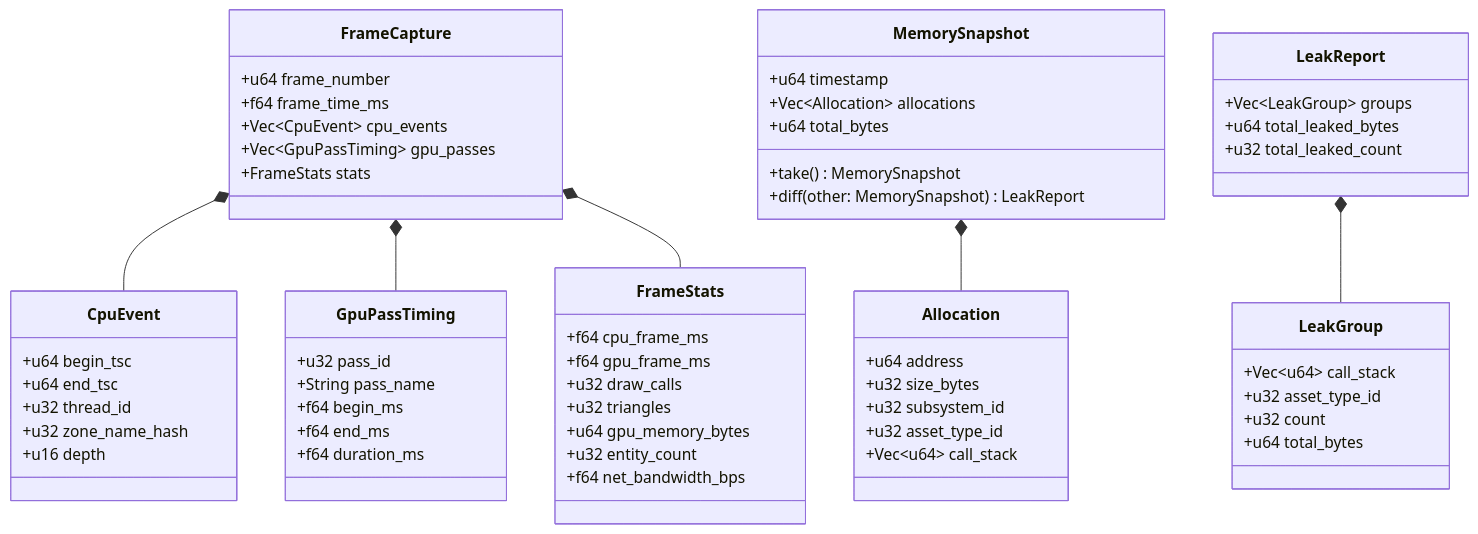
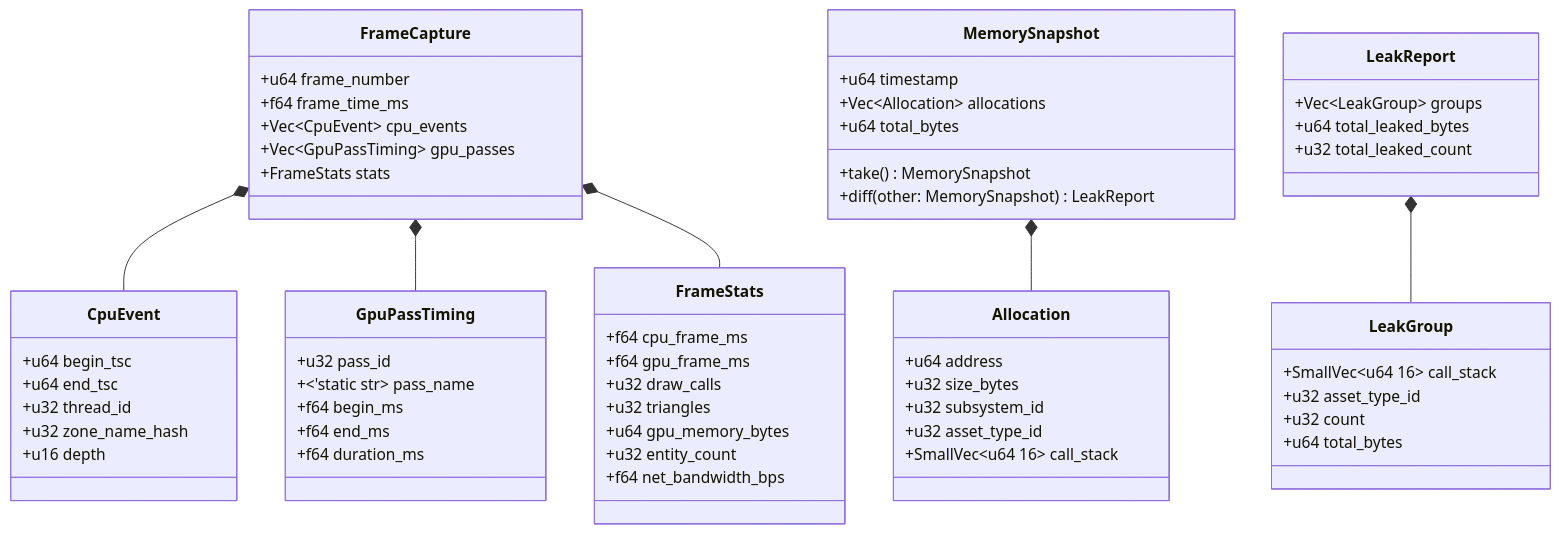
Before and after one commit to harmonius-dev/harmonius: the sixth of 6 diagrams in docs/design/tools/profiler.md, drawn with Mermaid. The commit also changed other lines of this file and 174 other files, not shown here.

````diff
--- a/docs/design/tools/profiler.md
+++ b/docs/design/tools/profiler.md
@@ -276,71 +243,71 @@
 ```mermaid
 classDiagram
     class CpuEvent {
         +u64 begin_tsc
         +u64 end_tsc
         +u32 thread_id
         +u32 zone_name_hash
         +u16 depth
     }
 
     class GpuPassTiming {
         +u32 pass_id
-        +String pass_name
+        +~'static str~ pass_name
         +f64 begin_ms
         +f64 end_ms
         +f64 duration_ms
     }
 
     class FrameCapture {
         +u64 frame_number
         +f64 frame_time_ms
         +Vec~CpuEvent~ cpu_events
         +Vec~GpuPassTiming~ gpu_passes
         +FrameStats stats
     }
 
     class FrameStats {
         +f64 cpu_frame_ms
         +f64 gpu_frame_ms
         +u32 draw_calls
         +u32 triangles
         +u64 gpu_memory_bytes
         +u32 entity_count
         +f64 net_bandwidth_bps
     }
 
     class MemorySnapshot {
         +u64 timestamp
         +Vec~Allocation~ allocations
         +u64 total_bytes
         +take() MemorySnapshot
         +diff(other: MemorySnapshot) LeakReport
     }
 
     class Allocation {
         +u64 address
         +u32 size_bytes
         +u32 subsystem_id
         +u32 asset_type_id
-        +Vec~u64~ call_stack
+        +SmallVec~u64 16~ call_stack
     }
 
     class LeakReport {
         +Vec~LeakGroup~ groups
         +u64 total_leaked_bytes
         +u32 total_leaked_count
     }
 
     class LeakGroup {
-        +Vec~u64~ call_stack
+        +SmallVec~u64 16~ call_stack
         +u32 asset_type_id
         +u32 count
         +u64 total_bytes
     }
 
     FrameCapture *-- CpuEvent
     FrameCapture *-- GpuPassTiming
     FrameCapture *-- FrameStats
     MemorySnapshot *-- Allocation
     LeakReport *-- LeakGroup
 ```
````
